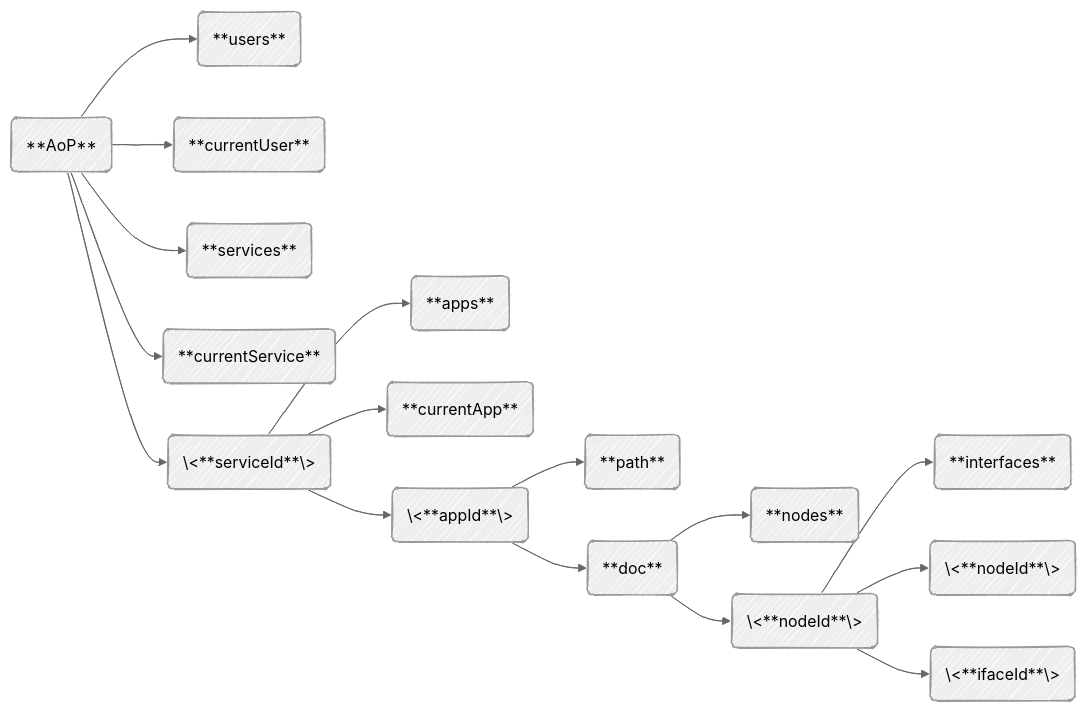
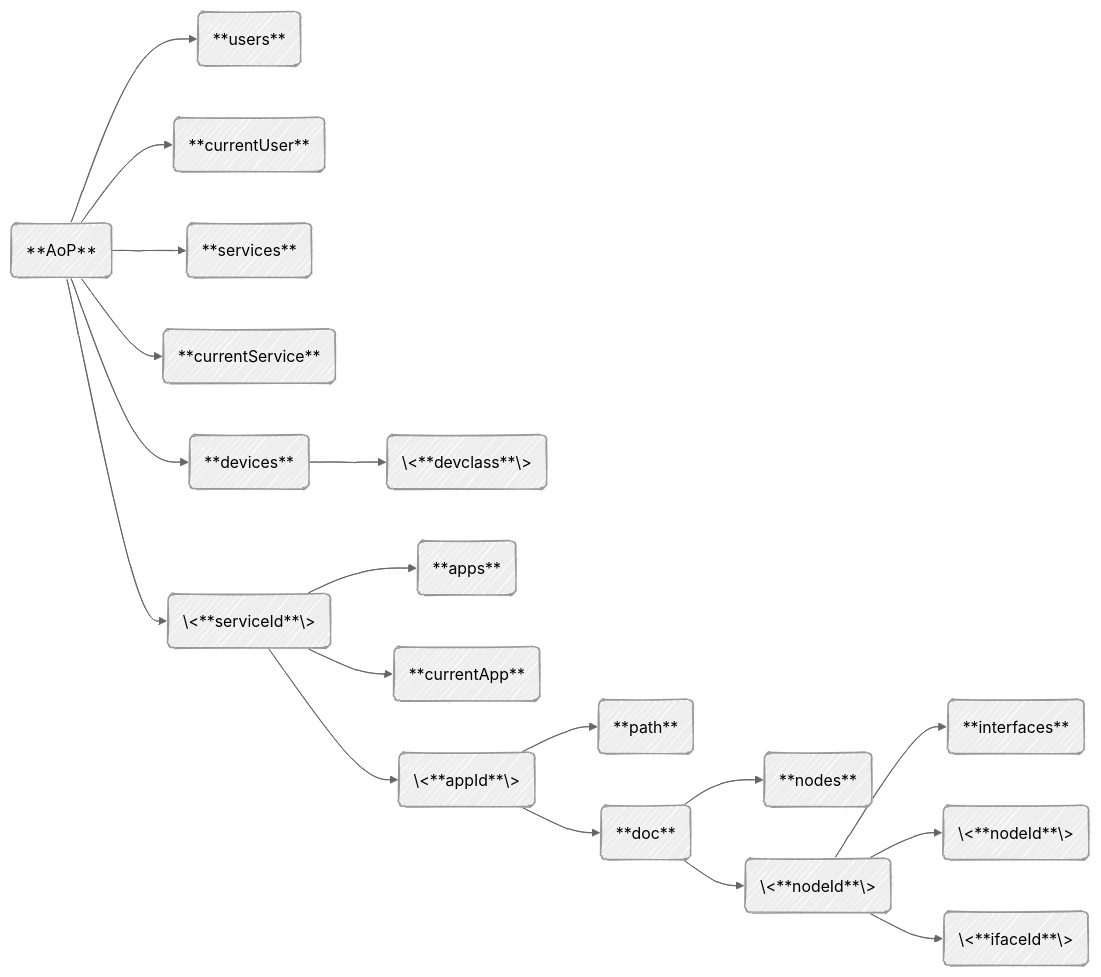
Before and after one commit to multisens/Infra: the first of 3 diagrams in README.md, drawn with Mermaid. The commit also changed other lines of this file, not shown here.

````diff
--- a/README.md
+++ b/README.md
@@ -282,22 +284,23 @@
 ```mermaid
 ---
 config:
   look: handDrawn
   theme: neutral
 ---
 graph LR
     classDef nret stroke-dasharray: 5
 
     TV30(**AoP**) --> USERS(**users**)
     TV30 --> CURRENTUSER(**currentUser**)
     TV30 --> SERVICES(**services**)
     TV30 --> CURRENTSERVICE(**currentService**)
+    TV30 --> DEVICES(**devices**) --> DEVCLASS(\<**devclass**\>)
     
     TV30 --> SERVICE1(\<**serviceId**\>) --> APPS(**apps**)
              SERVICE1 --> CURRENTAPP(**currentApp**)
              SERVICE1 --> APP1(\<**appId**\>) --> APPPATH(**path**)
                           APP1 --> APPDOC(**doc**) --> NODES(**nodes**)
                                    APPDOC --> NODE1(\<**nodeId**\>) --> INTERFACES(**interfaces**)
                                               NODE1 --> NODE2(\<**nodeId**\>)
                                               NODE1 --> IFACE1(\<**ifaceId**\>)
 ```
````
